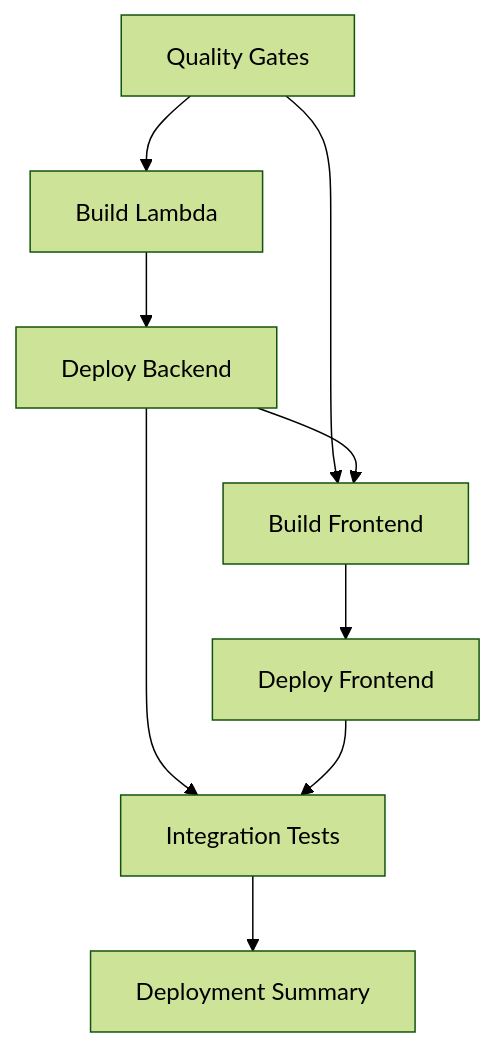
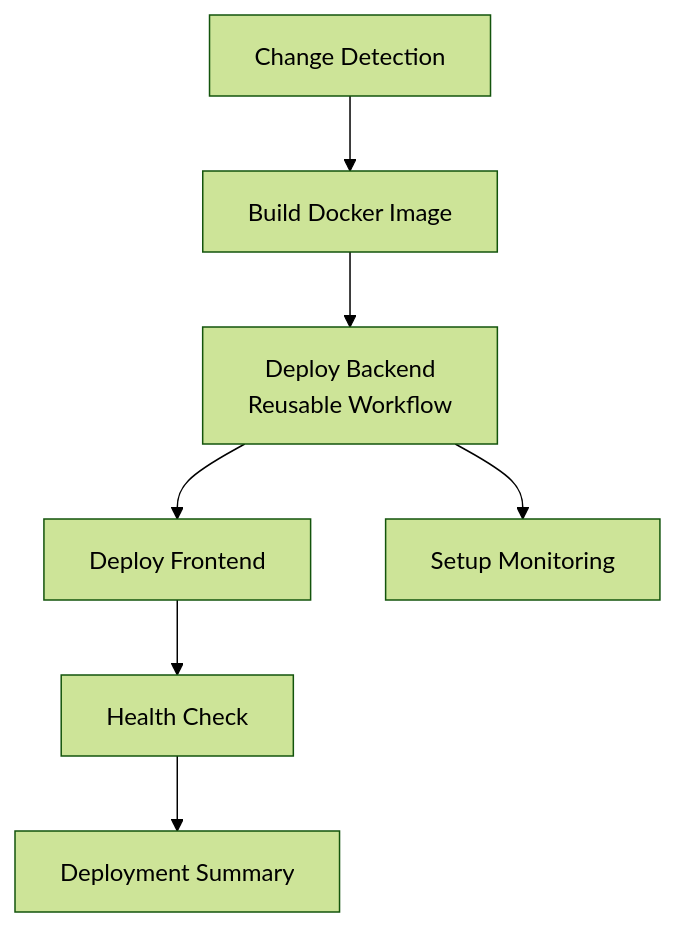
Before and after one commit to RussOakham/macro-ai: the fourth of 10 diagrams in docs/ci-cd/github-workflows-overview.md, drawn with Mermaid (forest theme). The commit also changed other lines of this file and 1 other file, not shown here.

First line of the commit message:
docs: update workflow documentation to reflect reusable deployment architecture

````diff
--- a/docs/ci-cd/github-workflows-overview.md
+++ b/docs/ci-cd/github-workflows-overview.md
@@ -401,14 +394,10 @@
 ```mermaid
 graph TB
-    QUALITY[Quality Gates] --> BUILD_LAMBDA[Build Lambda]
-    QUALITY --> BUILD_FRONTEND[Build Frontend]
+    CHANGE_DETECT[Change Detection] --> BUILD_IMAGE[Build Docker Image]
+    BUILD_IMAGE --> DEPLOY_BACKEND[Deploy Backend<br/>Reusable Workflow]
+    DEPLOY_BACKEND --> DEPLOY_FRONTEND[Deploy Frontend]
+    DEPLOY_FRONTEND --> HEALTH_CHECK[Health Check]
+    HEALTH_CHECK --> DEPLOYMENT_SUMMARY[Deployment Summary]
 
-    BUILD_LAMBDA --> DEPLOY_BACKEND[Deploy Backend]
-    DEPLOY_BACKEND --> BUILD_FRONTEND
-    BUILD_FRONTEND --> DEPLOY_FRONTEND[Deploy Frontend]
-
-    DEPLOY_BACKEND --> INTEGRATION[Integration Tests]
-    DEPLOY_FRONTEND --> INTEGRATION
-
-    INTEGRATION --> SUMMARY[Deployment Summary]
+    DEPLOY_BACKEND --> MONITORING[Setup Monitoring]
 ```
````
